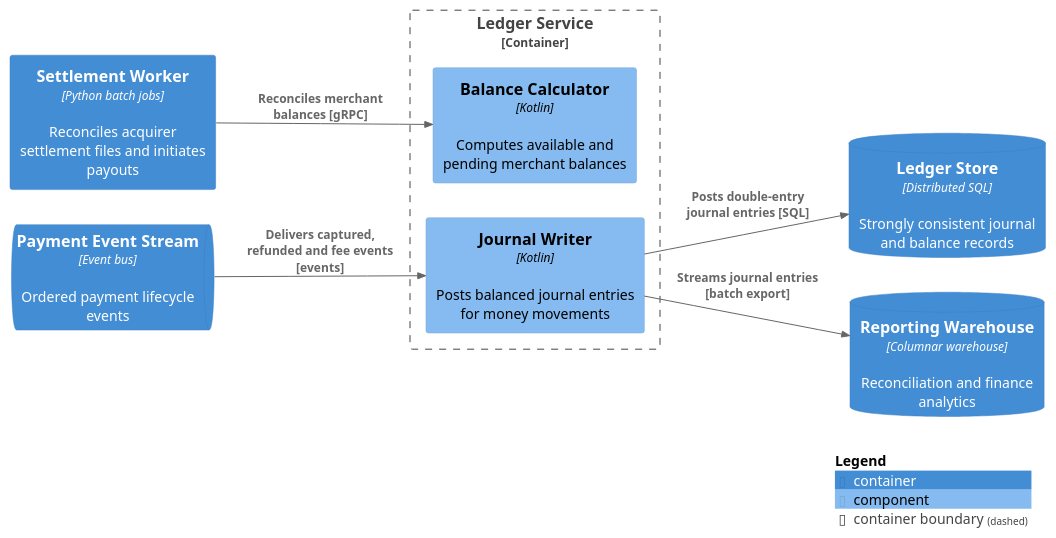
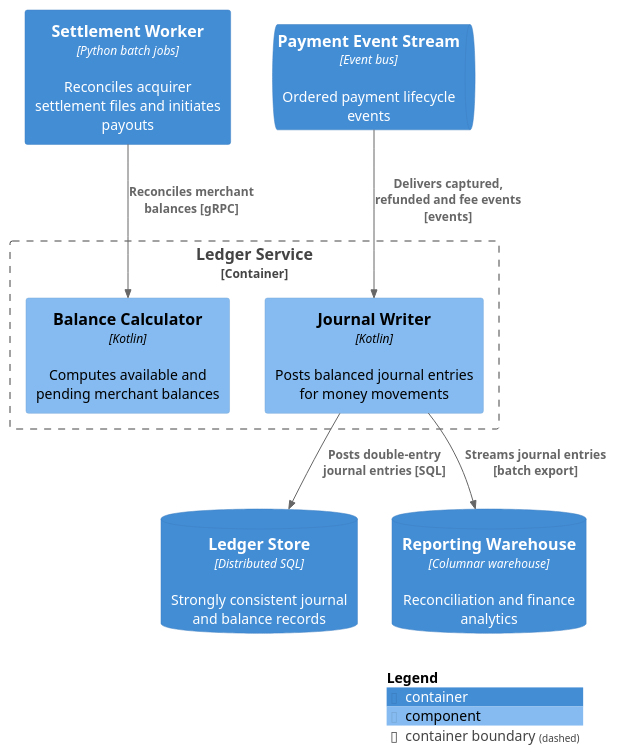
The diagram in examples/payments/aws/03-components/component-ledger-service.puml (tyler59simon/architecture-suite-plugin), drawn with PlantUML before and after one commit. The commit also changed 90 other files, not shown here.

First line of the commit message:
Add --direction to choose left-to-right or top-to-bottom diagrams

```diff
--- a/examples/payments/aws/03-components/component-ledger-service.puml
+++ b/examples/payments/aws/03-components/component-ledger-service.puml
@@ -1,18 +1,18 @@
 @startuml
 ' Architecture Suite schema 2.0; PlantUML computes its own layout
 !include <C4/C4_Component>
-LAYOUT_LEFT_RIGHT()
+LAYOUT_TOP_DOWN()
 Container(n0, "Settlement Worker", "Python batch jobs", "Reconciles acquirer settlement files and initiates payouts")
 ContainerDb(n1, "Ledger Store", "Distributed SQL", "Strongly consistent journal and balance records")
 ContainerQueue(n2, "Payment Event Stream", "Event bus", "Ordered payment lifecycle events")
 ContainerDb(n3, "Reporting Warehouse", "Columnar warehouse", "Reconciliation and finance analytics")
 Container_Boundary(n4, "Ledger Service") {
   Component(n5, "Journal Writer", "Kotlin", "Posts balanced journal entries for money movements")
   Component(n6, "Balance Calculator", "Kotlin", "Computes available and pending merchant balances")
 }
 Rel(n2, n5, "Delivers captured, refunded and fee events [events]")
 Rel(n5, n1, "Posts double-entry journal entries [SQL]")
 Rel(n5, n3, "Streams journal entries [batch export]")
 Rel(n0, n6, "Reconciles merchant balances [gRPC]")
 SHOW_LEGEND()
 @enduml
```
